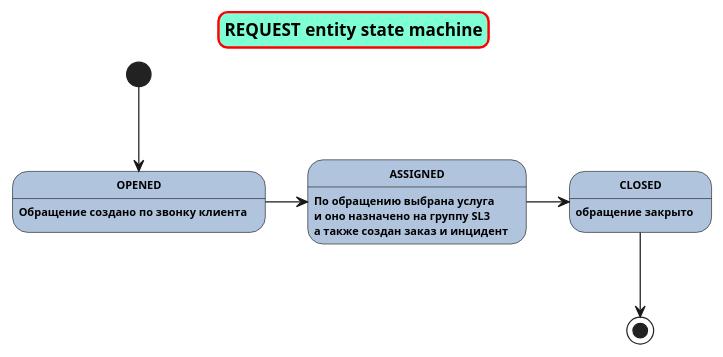
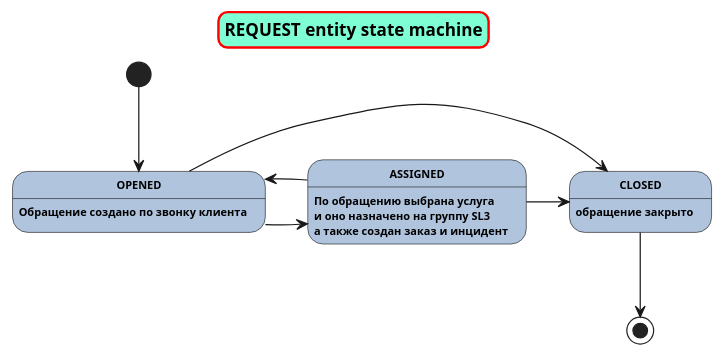
Before and after one commit to theotheo46/gb: the diagram in state_request.puml, drawn with PlantUML. The commit also changed 3 other files, not shown here.

```diff
--- a/state_request.puml
+++ b/state_request.puml
@@ -1,17 +1,19 @@
 @startuml
 skinparam titleBorderRoundCorner 15
 skinparam titleBorderThickness 2
 skinparam titleBorderColor red
 skinparam titleBackgroundColor Aquamarine
 title REQUEST entity state machine
 skinparam StateFontSize 9
 skinparam StateFontStyle bold
 skinparam StateBackgroundColor LightSteelBlue
 [*] --> OPENED
 OPENED -> ASSIGNED
+ASSIGNED -> OPENED
 ASSIGNED -> CLOSED
+OPENED -> CLOSED
 CLOSED --> [*]
 OPENED : Обращение создано по звонку клиента
 ASSIGNED : По обращению выбрана услуга\nи оно назначено на группу SL3\nа также создан заказ и инцидент
 CLOSED : обращение закрыто
 @enduml
```
